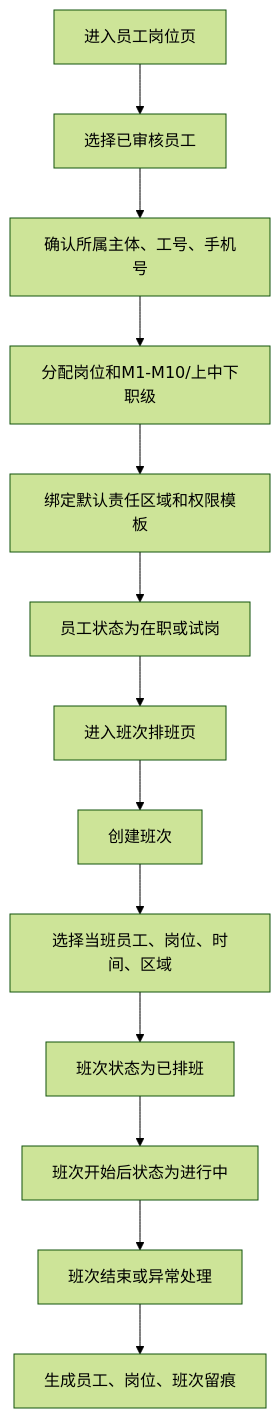
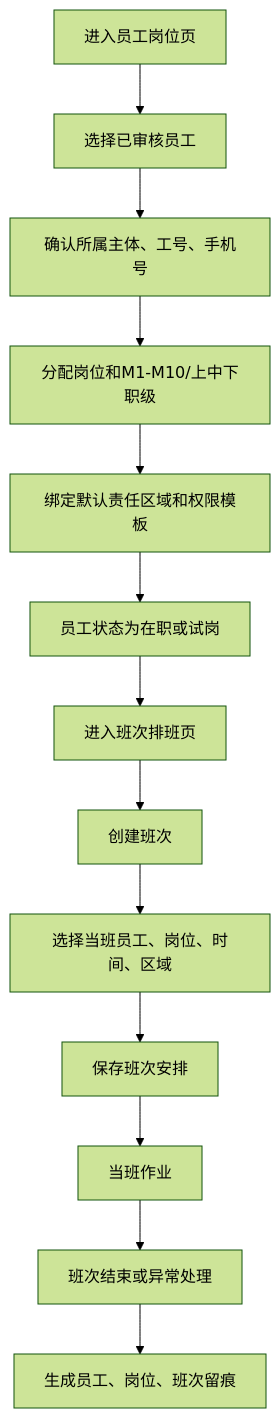
Before and after one commit to jxh1979/mall: diagram 11 of 19 in docs/platform-governance-product-spec-v0.2.md, drawn with Mermaid (forest theme). The commit also changed other lines of this file and 2 other files, not shown here.

````diff
--- a/docs/platform-governance-product-spec-v0.2.md
+++ b/docs/platform-governance-product-spec-v0.2.md
@@ -1871,15 +1867,15 @@
 ```mermaid
 flowchart TD
     A["进入员工岗位页"] --> B["选择已审核员工"]
     B --> C["确认所属主体、工号、手机号"]
     C --> D["分配岗位和M1-M10/上中下职级"]
     D --> E["绑定默认责任区域和权限模板"]
     E --> F["员工状态为在职或试岗"]
     F --> G["进入班次排班页"]
     G --> H["创建班次"]
     H --> I["选择当班员工、岗位、时间、区域"]
-    I --> J["班次状态为已排班"]
-    J --> K["班次开始后状态为进行中"]
+    I --> J["保存班次安排"]
+    J --> K["当班作业"]
     K --> L["班次结束或异常处理"]
     L --> M["生成员工、岗位、班次留痕"]
 ```
````
